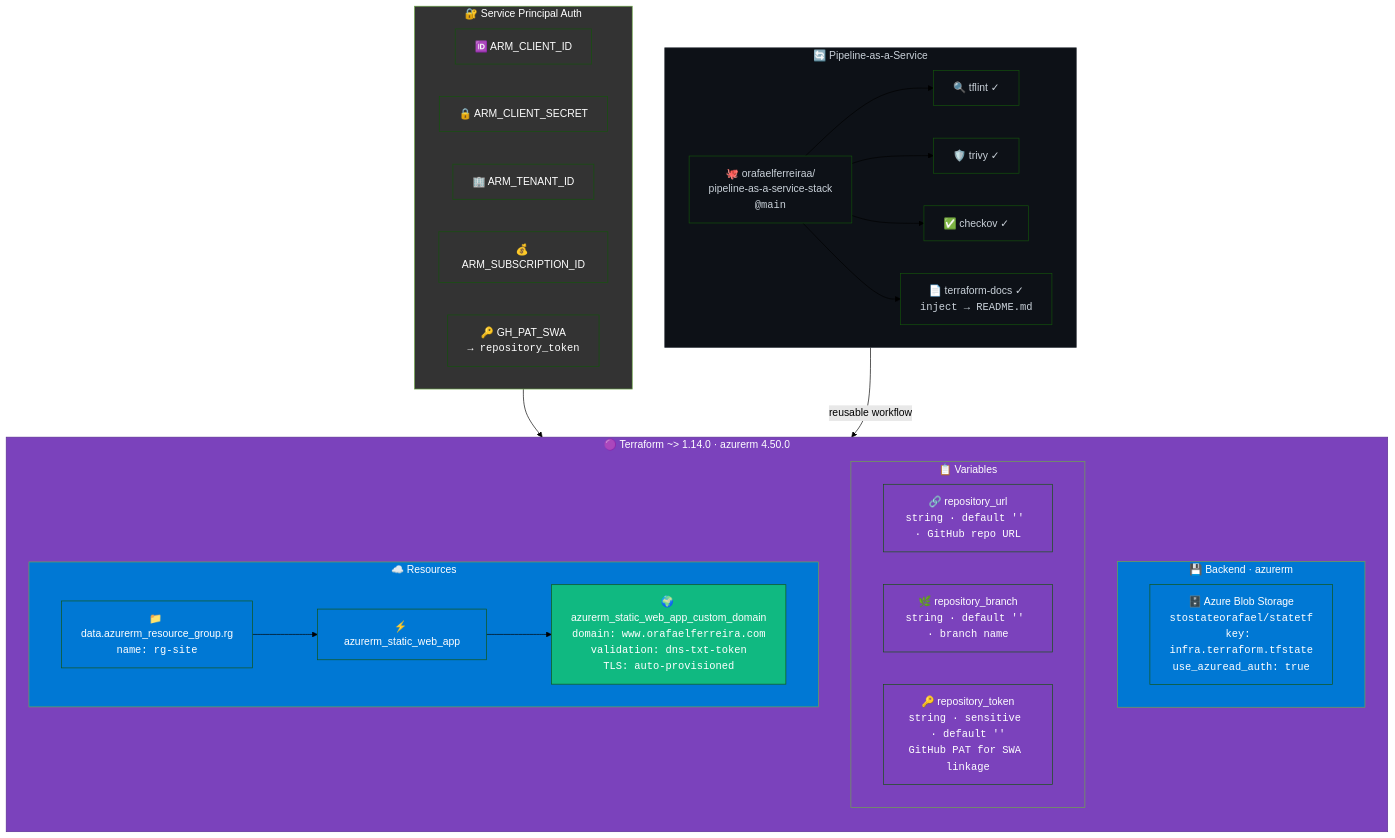
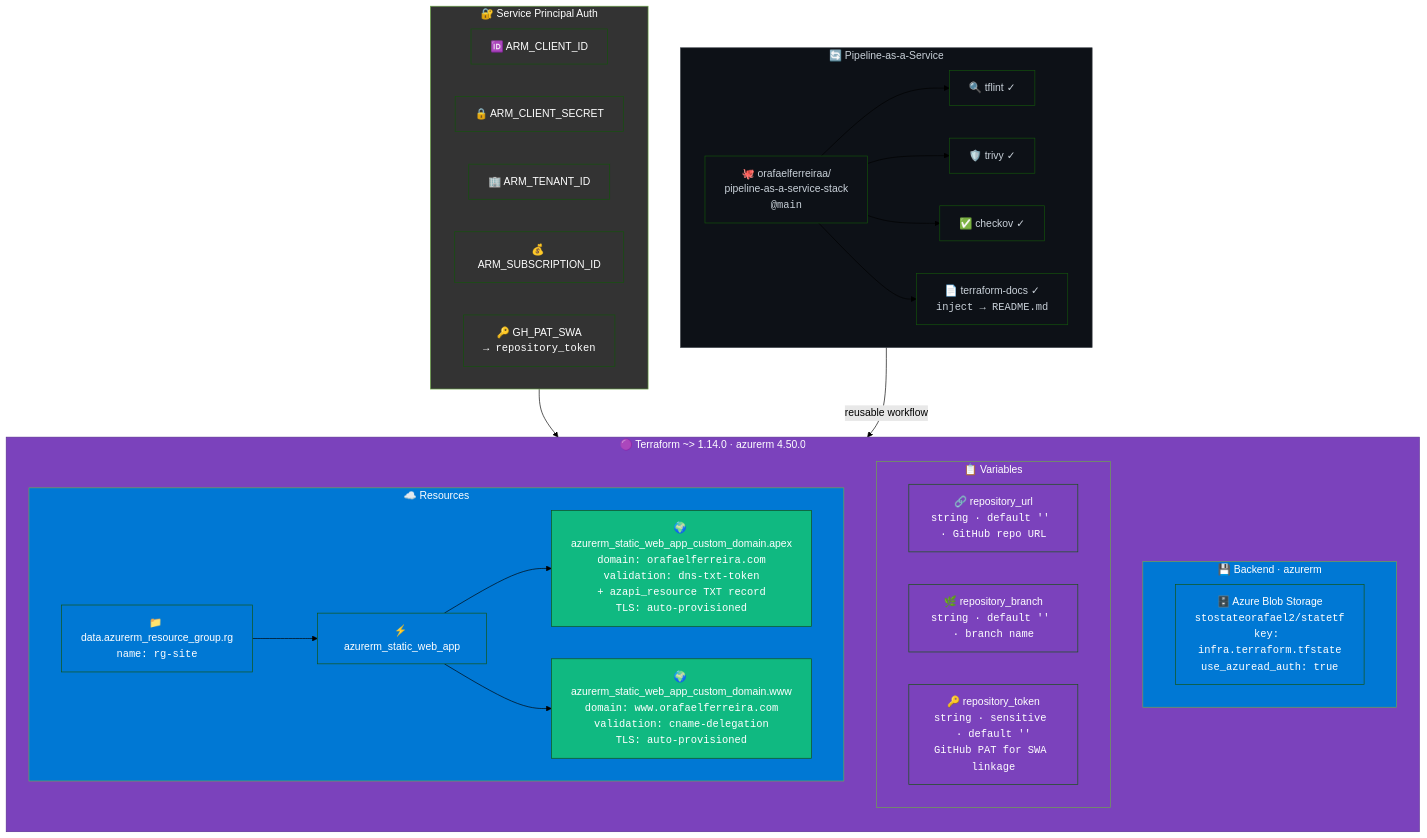
Before and after one commit to orafaelferreiraa/orafaelferreira-com: the fifth of 5 diagrams in README.md, drawn with Mermaid (forest theme). The commit also changed other lines of this file and 13 other files, not shown here.

````diff
--- a/README.md
+++ b/README.md
@@ -518,71 +513,74 @@
 ```mermaid
 flowchart TB
     subgraph tf["🟣 Terraform ~> 1.14.0 · azurerm 4.50.0"]
         direction TB
         
         subgraph backend["💾 Backend · azurerm"]
-            state["🗄️ Azure Blob Storage<br/><code>stostateorafael/statetf<br/>key: infra.terraform.tfstate<br/>use_azuread_auth: true</code>"]
+            state["🗄️ Azure Blob Storage<br/><code>stostateorafael2/statetf<br/>key: infra.terraform.tfstate<br/>use_azuread_auth: true</code>"]
         end
 
         subgraph vars["📋 Variables"]
             v1["🔗 repository_url<br/><code>string · default '' · GitHub repo URL</code>"]
             v2["🌿 repository_branch<br/><code>string · default '' · branch name</code>"]
             v3["🔑 repository_token<br/><code>string · sensitive · default ''<br/>GitHub PAT for SWA linkage</code>"]
         end
 
         subgraph resources["☁️ Resources"]
             data_rg["📁 data.azurerm_resource_group.rg<br/><code>name: rg-site</code>"]
             swa_res["⚡ azurerm_static_web_app"]
-            domain["🌍 azurerm_static_web_app_custom_domain<br/><code>domain: www.orafaelferreira.com<br/>validation: dns-txt-token<br/>TLS: auto-provisioned</code>"]
+            domain_apex["🌍 azurerm_static_web_app_custom_domain.apex<br/><code>domain: orafaelferreira.com<br/>validation: dns-txt-token<br/>+ azapi_resource TXT record<br/>TLS: auto-provisioned</code>"]
+            domain_www["🌍 azurerm_static_web_app_custom_domain.www<br/><code>domain: www.orafaelferreira.com<br/>validation: cname-delegation<br/>TLS: auto-provisioned</code>"]
         end
 
         data_rg --> swa_res
-        swa_res --> domain
+        swa_res --> domain_apex
+        swa_res --> domain_www
     end
 
     subgraph auth["🔐 Service Principal Auth"]
         direction LR
         arm_client["🆔 ARM_CLIENT_ID"]
         arm_secret["🔒 ARM_CLIENT_SECRET"]
         arm_tenant["🏢 ARM_TENANT_ID"]
         arm_sub["💰 ARM_SUBSCRIPTION_ID"]
         gh_pat["🔑 GH_PAT_SWA<br/><code>→ repository_token</code>"]
     end
 
     subgraph pipeline_svc["🔄 Pipeline-as-a-Service"]
         direction LR
         paas["🐙 orafaelferreiraa/<br/>pipeline-as-a-service-stack<br/><code>@main</code>"]
         paas_tflint["🔍 tflint ✓"]
         paas_trivy["🛡️ trivy ✓"]
         paas_checkov["✅ checkov ✓"]
         paas_docs["📄 terraform-docs ✓<br/><code>inject → README.md</code>"]
         paas --> paas_tflint & paas_trivy & paas_checkov & paas_docs
     end
 
     auth --> tf
     pipeline_svc -->|"reusable workflow"| tf
 
     style tf fill:#7B42BC,color:#fff,stroke:#5a2d91
     style backend fill:#0078D4,color:#fff
     style resources fill:#0078D4,color:#fff
     style vars fill:#7B42BC,color:#fff
     style auth fill:#333,color:#fff
     style pipeline_svc fill:#0d1117,color:#c9d1d9,stroke:#30363d
     style state fill:#0078D4,color:#fff
     style data_rg fill:#0078D4,color:#fff
     style swa_res fill:#0078D4,color:#fff
-    style domain fill:#10b981,color:#fff
+    style domain_apex fill:#10b981,color:#fff
+    style domain_www fill:#10b981,color:#fff
     style v1 fill:#7B42BC,color:#fff
     style v2 fill:#7B42BC,color:#fff
     style v3 fill:#7B42BC,color:#fff
     style arm_client fill:#333,color:#fff
     style arm_secret fill:#333,color:#fff
     style arm_tenant fill:#333,color:#fff
     style arm_sub fill:#333,color:#fff
     style gh_pat fill:#333,color:#fff
     style paas fill:#0d1117,color:#c9d1d9
     style paas_tflint fill:#0d1117,color:#c9d1d9
     style paas_trivy fill:#0d1117,color:#c9d1d9
     style paas_checkov fill:#0d1117,color:#c9d1d9
     style paas_docs fill:#0d1117,color:#c9d1d9
 ```
````
